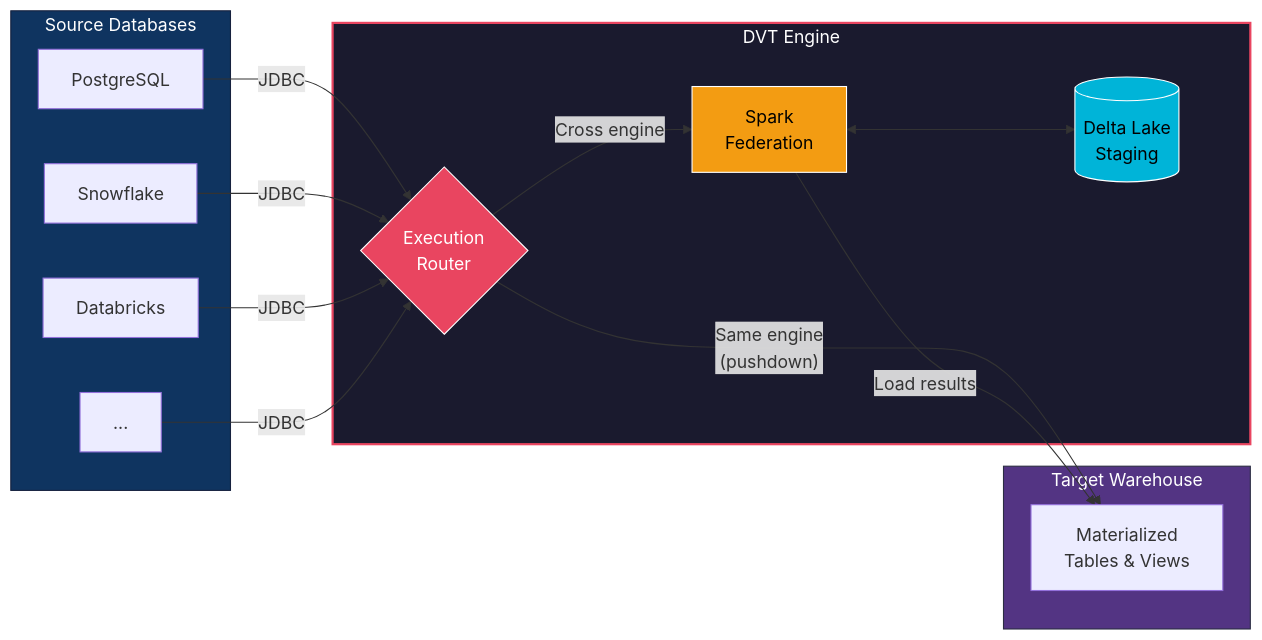
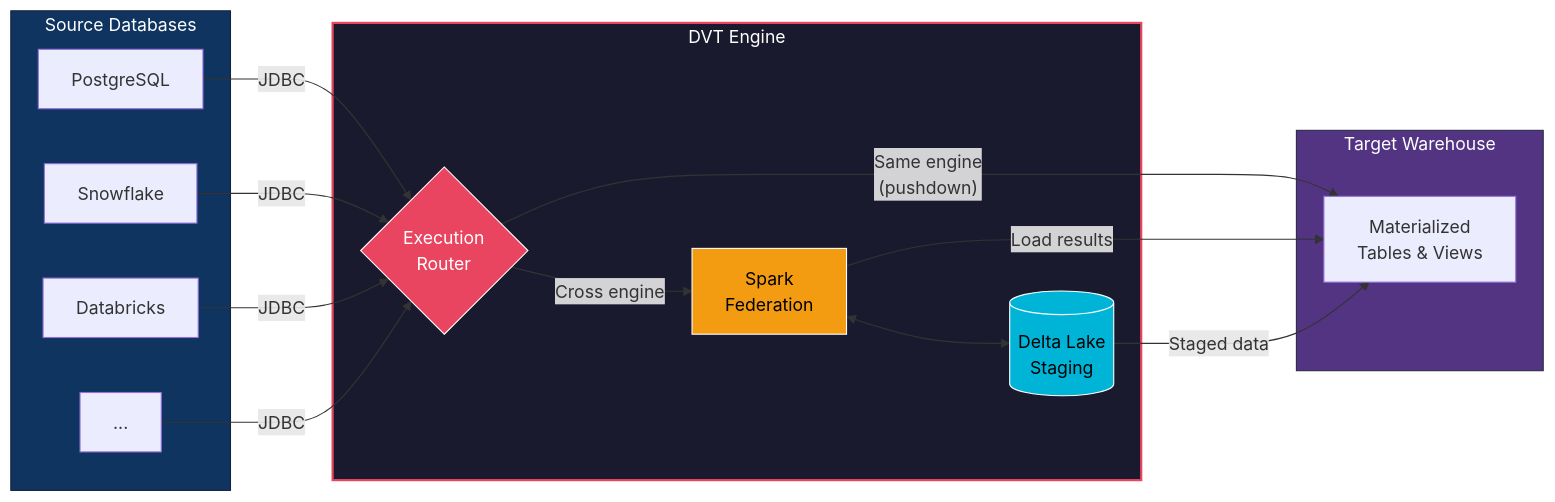
The diagram in README.md (heshamh96/dvt), drawn with Mermaid before and after one commit.

Commit message:
docs: add missing Delta Lake to Target Warehouse arrow in architecture diagram

````diff
--- a/README.md
+++ b/README.md
@@ -68,36 +68,37 @@
 ```mermaid
 flowchart LR
     subgraph Sources["Source Databases"]
         PG["PostgreSQL"]
         SF["Snowflake"]
         DBX["Databricks"]
         MORE["..."]
     end
 
     subgraph DVT_Engine["DVT Engine"]
         ROUTER{"Execution\nRouter"}
         SPARK["Spark\nFederation"]
         DELTA[("Delta Lake\nStaging")]
     end
 
     subgraph Targets["Target Warehouse"]
         TGT["Materialized\nTables & Views"]
     end
 
     PG -->|JDBC| ROUTER
     SF -->|JDBC| ROUTER
     DBX -->|JDBC| ROUTER
     MORE -->|JDBC| ROUTER
 
     ROUTER -->|"Same engine\n(pushdown)"| TGT
     ROUTER -->|"Cross engine"| SPARK
     SPARK <--> DELTA
     SPARK -->|"Load results"| TGT
+    DELTA -->|"Staged data"| TGT
 
     style DVT_Engine fill:#1a1a2e,stroke:#e94560,stroke-width:2px,color:#fff
     style Sources fill:#0f3460,stroke:#16213e,stroke-width:1px,color:#fff
     style Targets fill:#533483,stroke:#2b2d42,stroke-width:1px,color:#fff
     style ROUTER fill:#e94560,stroke:#fff,stroke-width:1px,color:#fff
     style SPARK fill:#f39c12,stroke:#fff,stroke-width:1px,color:#000
     style DELTA fill:#00b4d8,stroke:#fff,stroke-width:1px,color:#000
 ```
````
